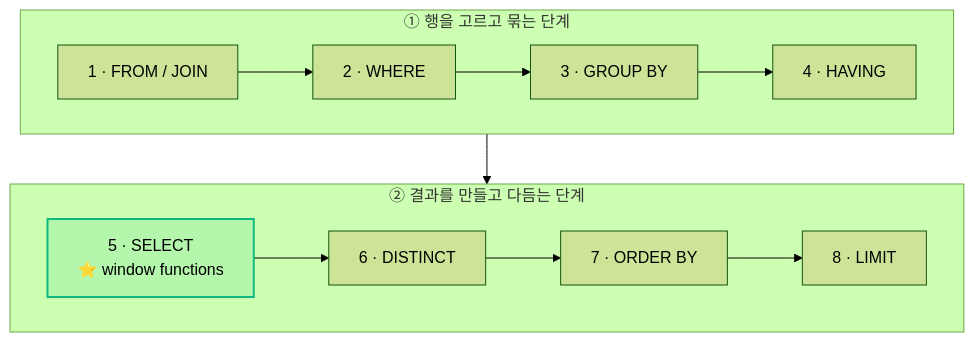
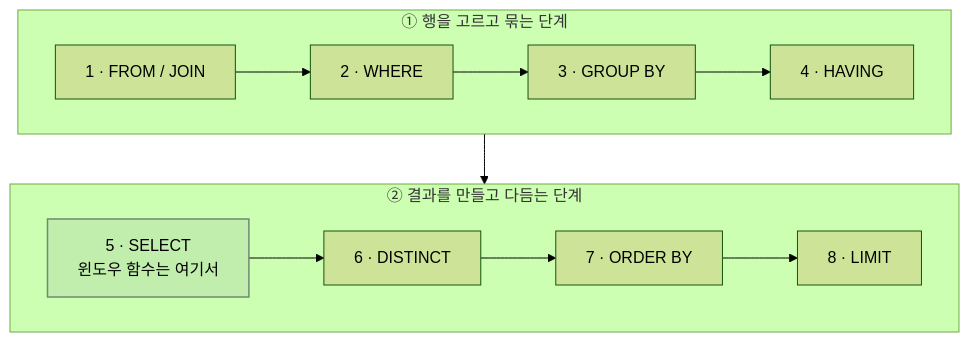
One commit to rxodhks/devlog changed the second of 2 diagrams in content/posts/sql-window-functions.mdx. Above: the diagram before and after it, drawn with Mermaid (forest theme). The commit also changed other lines of this file and 72 other files, not shown here.

````diff
--- a/content/posts/sql-window-functions.mdx
+++ b/content/posts/sql-window-functions.mdx
@@ -48,13 +49,13 @@
 ```mermaid title="논리적 쿼리 처리 순서"
 flowchart TB
     subgraph P1["① 행을 고르고 묶는 단계"]
         direction LR
         A["1 · FROM / JOIN"] --> B["2 · WHERE"] --> C["3 · GROUP BY"] --> D["4 · HAVING"]
     end
     subgraph P2["② 결과를 만들고 다듬는 단계"]
         direction LR
-        E["5 · SELECT<br/>⭐ window functions"] --> F["6 · DISTINCT"] --> G["7 · ORDER BY"] --> H["8 · LIMIT"]
+        E["5 · SELECT<br/>윈도우 함수는 여기서"] --> F["6 · DISTINCT"] --> G["7 · ORDER BY"] --> H["8 · LIMIT"]
     end
     P1 --> P2
-    style E fill:#10B98122,stroke:#10B981,stroke-width:2px
+    style E fill:#8FA89433,stroke:#6E8B73,stroke-width:1.5px
 ```
````
